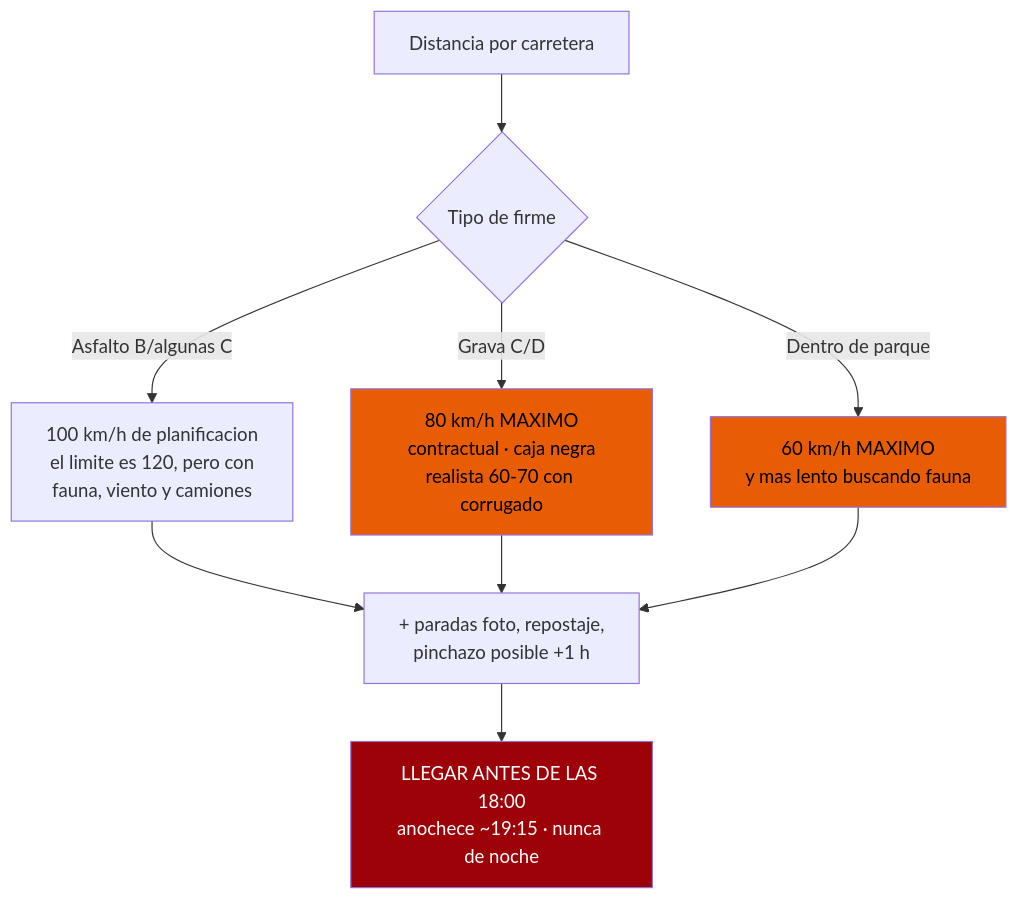
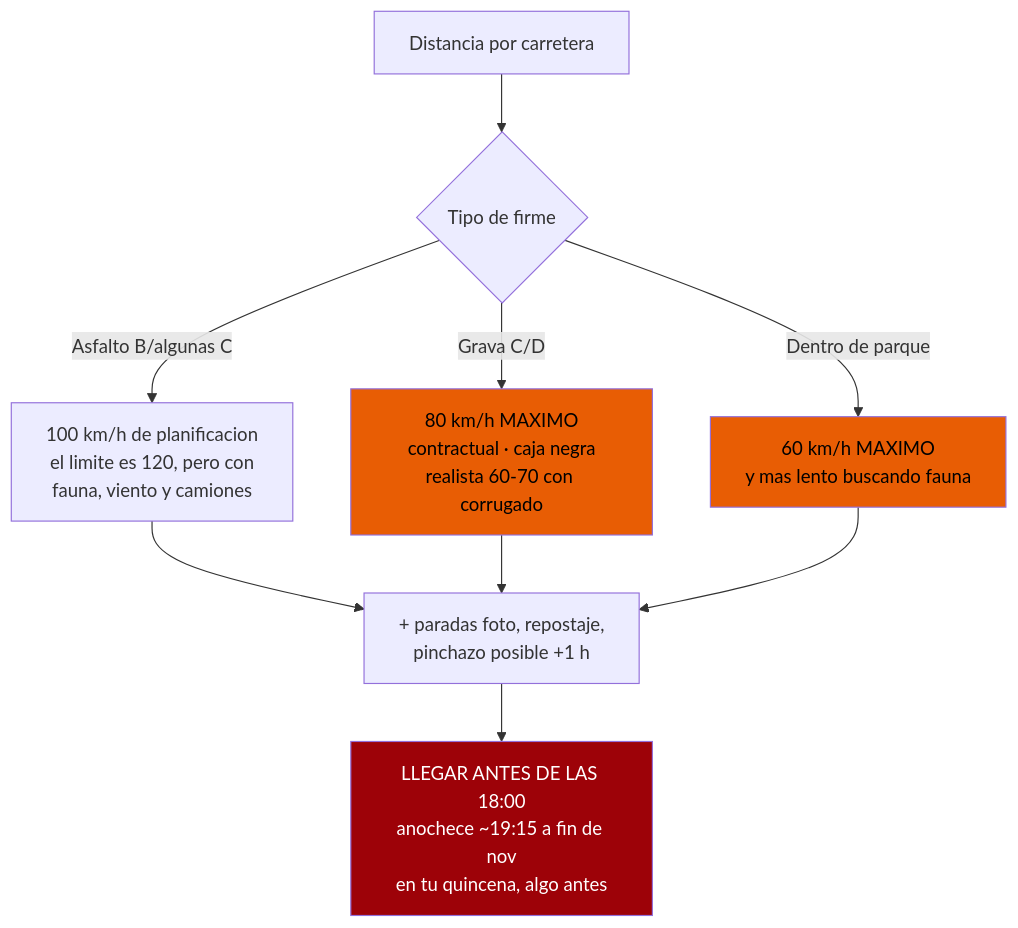
The first of 8 diagrams in 04-itinerario.md (morandeirachema/namibia), drawn with Mermaid before and after one commit. The commit also changed other lines of this file and 3 other files, not shown here.

````diff
--- a/04-itinerario.md
+++ b/04-itinerario.md
@@ -26,14 +33,14 @@
 ```mermaid
 flowchart TD
     A["Distancia por carretera"] --> B{"Tipo de firme"}
     B -->|"Asfalto B/algunas C"| C["100 km/h de planificacion<br/>el limite es 120, pero con<br/>fauna, viento y camiones"]
     B -->|"Grava C/D"| D["80 km/h MAXIMO<br/>contractual · caja negra<br/>realista 60-70 con corrugado"]
     B -->|"Dentro de parque"| E["60 km/h MAXIMO<br/>y mas lento buscando fauna"]
     C --> F["+ paradas foto, repostaje,<br/>pinchazo posible +1 h"]
     D --> F
     E --> F
-    F --> G["LLEGAR ANTES DE LAS 18:00<br/>anochece ~19:15 · nunca de noche"]
+    F --> G["LLEGAR ANTES DE LAS 18:00<br/>anochece ~19:15 a fin de nov<br/>en tu quincena, algo antes"]
     style D fill:#e85d04,color:#000
     style E fill:#e85d04,color:#000
     style G fill:#9d0208,color:#fff
 ```
````
